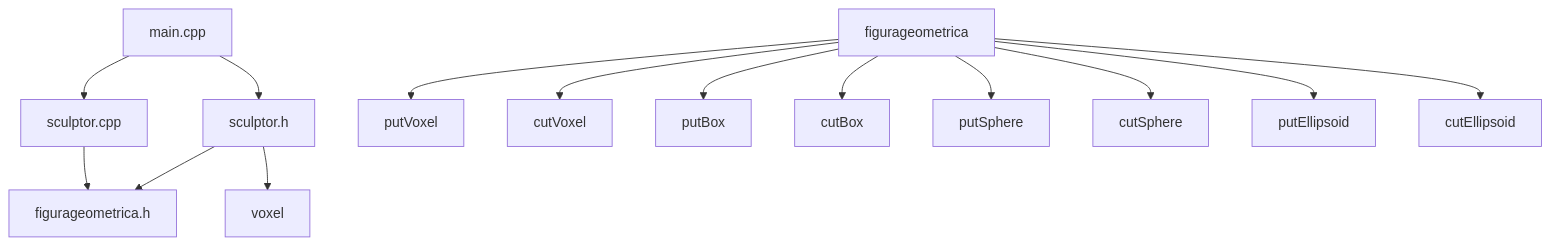
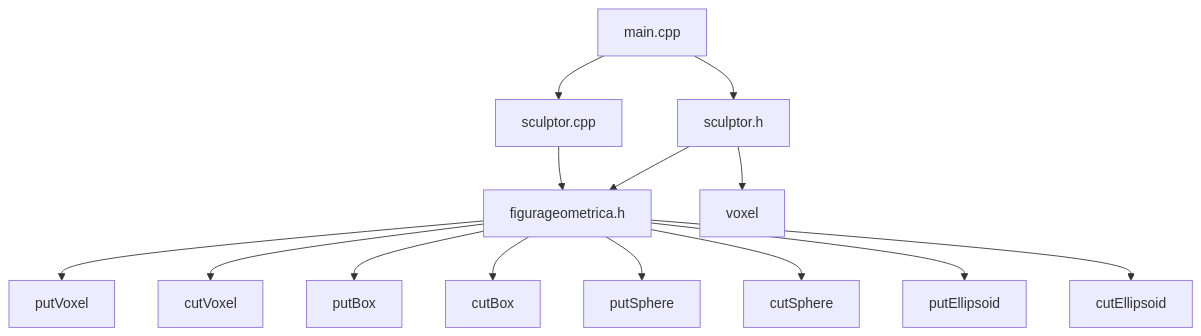
The diagram in programacaoAvancada/unidade2/parte_02/README.md (josefelix11/programacao_avancada), drawn with Mermaid before and after one commit.

````diff
--- a/programacaoAvancada/unidade2/parte_02/README.md
+++ b/programacaoAvancada/unidade2/parte_02/README.md
@@ -28,16 +28,16 @@
  ```mermaid
 graph TD;
     main.cpp-->sculptor.h;
     main.cpp-->sculptor.cpp;
     sculptor.h-->figurageometrica.h;
     sculptor.cpp-->figurageometrica.h;
     sculptor.h-->voxel;
-    figurageometrica-->putVoxel;
-    figurageometrica-->cutVoxel;
-    figurageometrica-->putBox;
-    figurageometrica-->cutBox;
-    figurageometrica-->putSphere;
-    figurageometrica-->cutSphere;
-    figurageometrica-->putEllipsoid;
-    figurageometrica-->cutEllipsoid;
+    figurageometrica.h-->putVoxel;
+    figurageometrica.h-->cutVoxel;
+    figurageometrica.h-->putBox;
+    figurageometrica.h-->cutBox;
+    figurageometrica.h-->putSphere;
+    figurageometrica.h-->cutSphere;
+    figurageometrica.h-->putEllipsoid;
+    figurageometrica.h-->cutEllipsoid;
 ```
````
